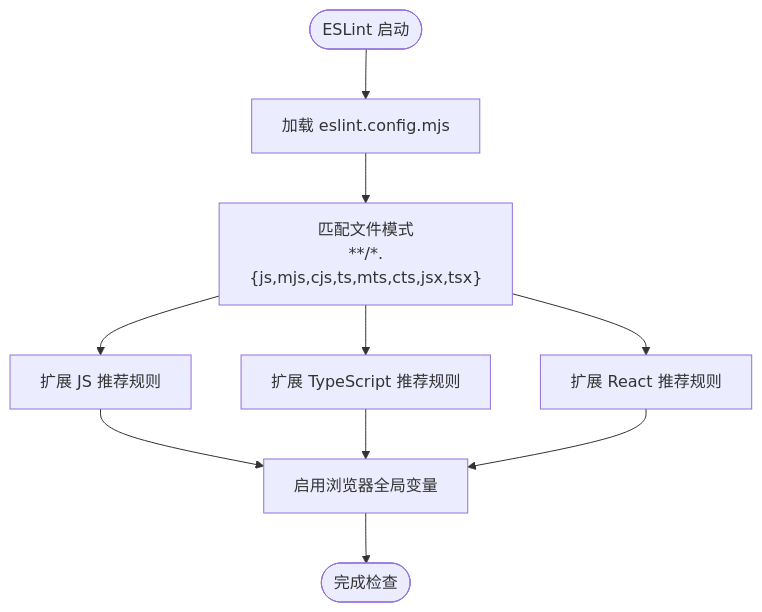
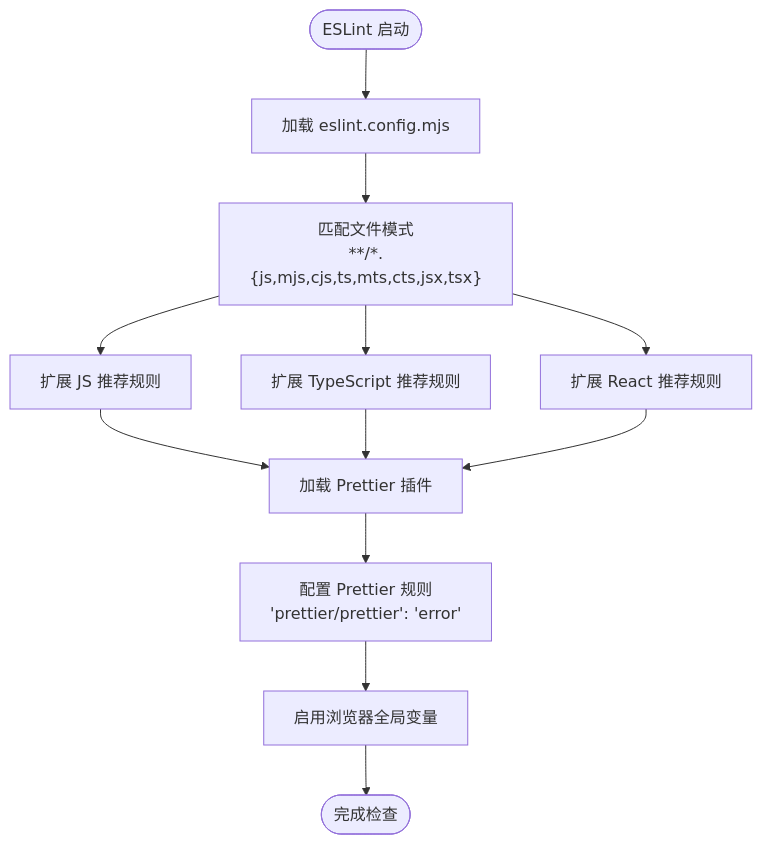
Before and after one commit to kkxxll/reactNext: the third of 11 diagrams in .qoder/repowiki/zh/content/开发工具链/开发工具链.md, drawn with Mermaid. The commit also changed other lines of this file and 7 other files, not shown here.

````diff
--- a/.qoder/repowiki/zh/content/开发工具链/开发工具链.md
+++ b/.qoder/repowiki/zh/content/开发工具链/开发工具链.md
@@ -128,12 +170,14 @@
 ```mermaid
 flowchart TD
 Start(["ESLint 启动"]) --> LoadCfg["加载 eslint.config.mjs"]
 LoadCfg --> Files["匹配文件模式<br/>**/*.{js,mjs,cjs,ts,mts,cts,jsx,tsx}"]
 Files --> ExtJS["扩展 JS 推荐规则"]
 Files --> ExtTS["扩展 TypeScript 推荐规则"]
 Files --> ExtReact["扩展 React 推荐规则"]
-ExtJS --> Globals["启用浏览器全局变量"]
-ExtTS --> Globals
-ExtReact --> Globals
+ExtJS --> PrettierPlugin["加载 Prettier 插件"]
+ExtTS --> PrettierPlugin
+ExtReact --> PrettierPlugin
+PrettierPlugin --> PrettierRule["配置 Prettier 规则<br/>'prettier/prettier': 'error'"]
+PrettierRule --> Globals["启用浏览器全局变量"]
 Globals --> End(["完成检查"])
 ```
````
